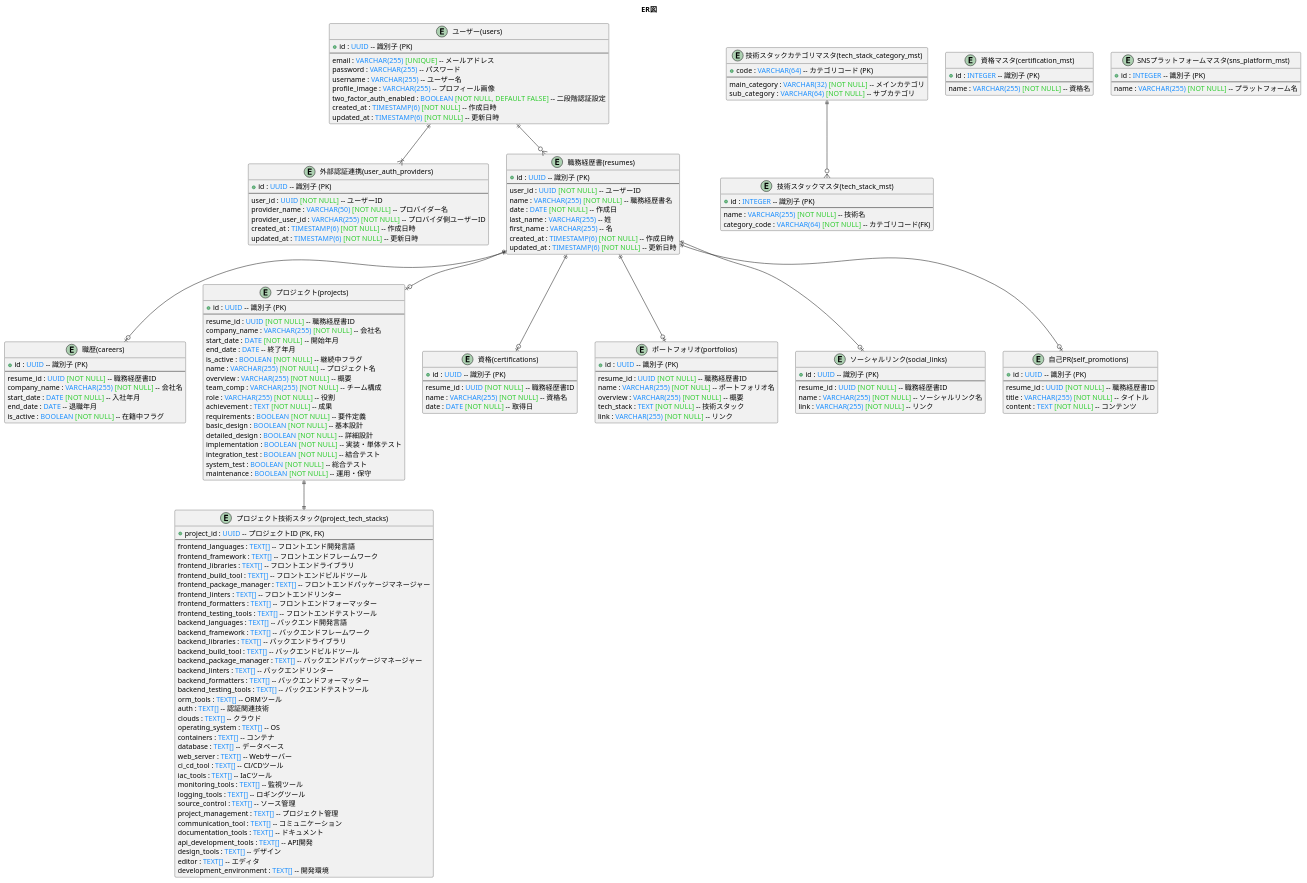
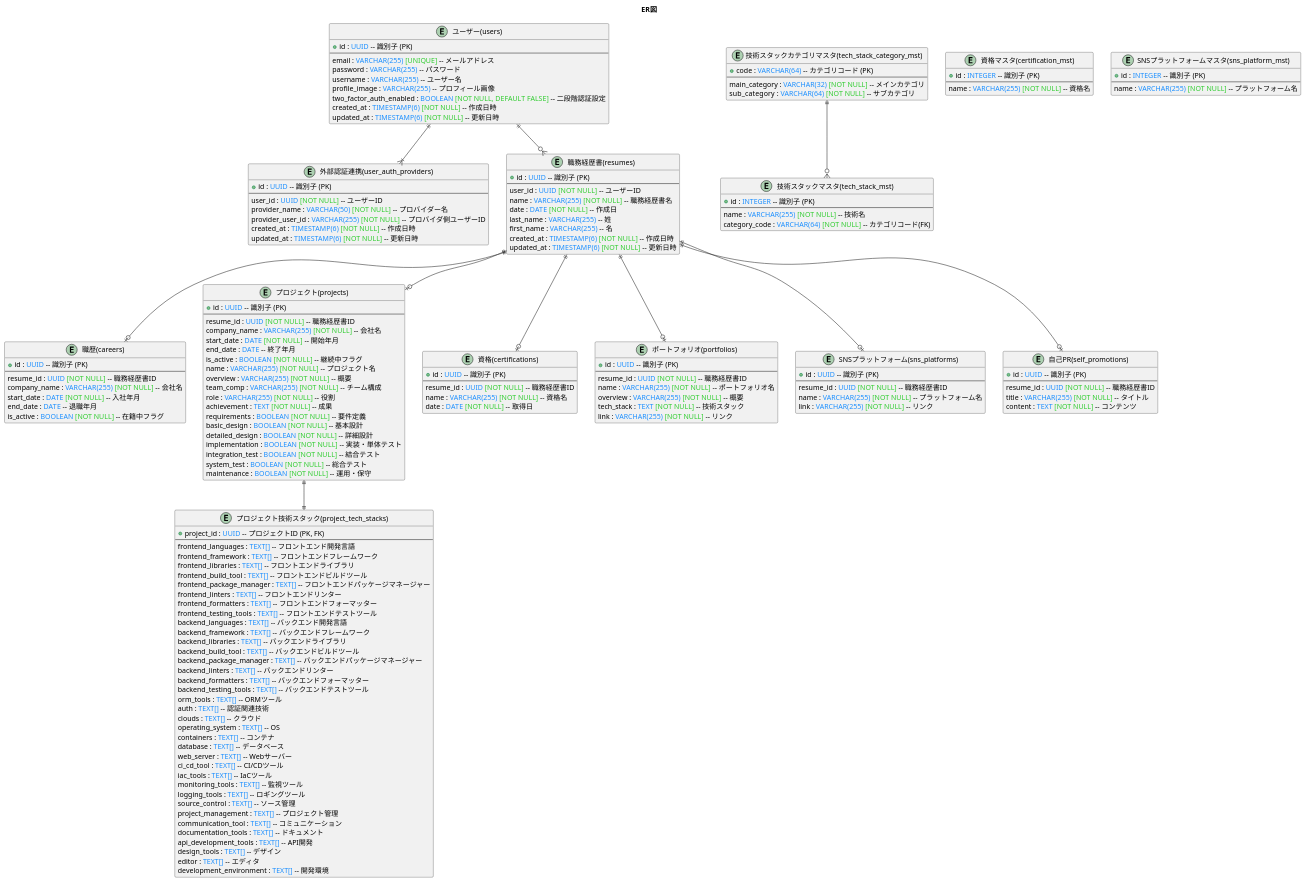
One commit to DogisRiki/KeirekiPro changed the diagram in doc/DB設計/ER図.pu. Above: the diagram before and after it, drawn with PlantUML. The commit also changed 2 other files, not shown here.

```diff
--- a/doc/DB設計/ER図.pu
+++ b/doc/DB設計/ER図.pu
@@ -1,188 +1,188 @@
 @startuml ER図
 
 title ER図
 
 entity "ユーザー(users)" as users {
     + id : <color:#1E90FF>UUID</color> -- 識別子 (PK)
     --
     email : <color:#1E90FF>VARCHAR(255)</color> <color:#32CD32>[UNIQUE]</color> -- メールアドレス
     password : <color:#1E90FF>VARCHAR(255)</color> -- パスワード
     username : <color:#1E90FF>VARCHAR(255)</color> -- ユーザー名
     profile_image : <color:#1E90FF>VARCHAR(255)</color> -- プロフィール画像
     two_factor_auth_enabled : <color:#1E90FF>BOOLEAN</color> <color:#32CD32>[NOT NULL, DEFAULT FALSE]</color> -- 二段階認証設定
     created_at : <color:#1E90FF>TIMESTAMP(6)</color> <color:#32CD32>[NOT NULL]</color> -- 作成日時
     updated_at : <color:#1E90FF>TIMESTAMP(6)</color> <color:#32CD32>[NOT NULL]</color> -- 更新日時
 }
 
 entity "外部認証連携(user_auth_providers)" as UserAuthProviders {
     + id : <color:#1E90FF>UUID</color> -- 識別子 (PK)
     --
     user_id : <color:#1E90FF>UUID</color> <color:#32CD32>[NOT NULL]</color> -- ユーザーID
     provider_name : <color:#1E90FF>VARCHAR(50)</color> <color:#32CD32>[NOT NULL]</color> -- プロバイダー名
     provider_user_id : <color:#1E90FF>VARCHAR(255)</color> <color:#32CD32>[NOT NULL]</color> -- プロバイダ側ユーザーID
     created_at : <color:#1E90FF>TIMESTAMP(6)</color> <color:#32CD32>[NOT NULL]</color> -- 作成日時
     updated_at : <color:#1E90FF>TIMESTAMP(6)</color> <color:#32CD32>[NOT NULL]</color> -- 更新日時
 }
 
 entity "職務経歴書(resumes)" as Resumes {
     + id : <color:#1E90FF>UUID</color> -- 識別子 (PK)
     --
     user_id : <color:#1E90FF>UUID</color> <color:#32CD32>[NOT NULL]</color> -- ユーザーID
     name : <color:#1E90FF>VARCHAR(255)</color> <color:#32CD32>[NOT NULL]</color> -- 職務経歴書名
     date : <color:#1E90FF>DATE</color> <color:#32CD32>[NOT NULL]</color> -- 作成日
     last_name : <color:#1E90FF>VARCHAR(255)</color> -- 姓
     first_name : <color:#1E90FF>VARCHAR(255)</color> -- 名
     created_at : <color:#1E90FF>TIMESTAMP(6)</color> <color:#32CD32>[NOT NULL]</color> -- 作成日時
     updated_at : <color:#1E90FF>TIMESTAMP(6)</color> <color:#32CD32>[NOT NULL]</color> -- 更新日時
 }
 
 entity "職歴(careers)" as Careers {
     + id : <color:#1E90FF>UUID</color> -- 識別子 (PK)
     --
     resume_id : <color:#1E90FF>UUID</color> <color:#32CD32>[NOT NULL]</color> -- 職務経歴書ID
     company_name : <color:#1E90FF>VARCHAR(255)</color> <color:#32CD32>[NOT NULL]</color> -- 会社名
     start_date : <color:#1E90FF>DATE</color> <color:#32CD32>[NOT NULL]</color> -- 入社年月
     end_date : <color:#1E90FF>DATE</color> -- 退職年月
     is_active : <color:#1E90FF>BOOLEAN</color> <color:#32CD32>[NOT NULL]</color> -- 在籍中フラグ
 }
 
 entity "プロジェクト(projects)" as Projects {
     + id : <color:#1E90FF>UUID</color> -- 識別子 (PK)
     --
     resume_id : <color:#1E90FF>UUID</color> <color:#32CD32>[NOT NULL]</color> -- 職務経歴書ID
     company_name : <color:#1E90FF>VARCHAR(255)</color> <color:#32CD32>[NOT NULL]</color> -- 会社名
     start_date : <color:#1E90FF>DATE</color> <color:#32CD32>[NOT NULL]</color> -- 開始年月
     end_date : <color:#1E90FF>DATE</color> -- 終了年月
     is_active : <color:#1E90FF>BOOLEAN</color> <color:#32CD32>[NOT NULL]</color> -- 継続中フラグ
     name : <color:#1E90FF>VARCHAR(255)</color> <color:#32CD32>[NOT NULL]</color> -- プロジェクト名
     overview : <color:#1E90FF>VARCHAR(255)</color> <color:#32CD32>[NOT NULL]</color> -- 概要
     team_comp : <color:#1E90FF>VARCHAR(255)</color> <color:#32CD32>[NOT NULL]</color> -- チーム構成
     role : <color:#1E90FF>VARCHAR(255)</color> <color:#32CD32>[NOT NULL]</color> -- 役割
     achievement : <color:#1E90FF>TEXT</color> <color:#32CD32>[NOT NULL]</color> -- 成果
     requirements : <color:#1E90FF>BOOLEAN</color> <color:#32CD32>[NOT NULL]</color> -- 要件定義
     basic_design : <color:#1E90FF>BOOLEAN</color> <color:#32CD32>[NOT NULL]</color> -- 基本設計
     detailed_design : <color:#1E90FF>BOOLEAN</color> <color:#32CD32>[NOT NULL]</color> -- 詳細設計
     implementation : <color:#1E90FF>BOOLEAN</color> <color:#32CD32>[NOT NULL]</color> -- 実装・単体テスト
     integration_test : <color:#1E90FF>BOOLEAN</color> <color:#32CD32>[NOT NULL]</color> -- 結合テスト
     system_test : <color:#1E90FF>BOOLEAN</color> <color:#32CD32>[NOT NULL]</color> -- 総合テスト
     maintenance : <color:#1E90FF>BOOLEAN</color> <color:#32CD32>[NOT NULL]</color> -- 運用・保守
 }
 
 entity "プロジェクト技術スタック(project_tech_stacks)" as ProjectTechStacks {
     + project_id : <color:#1E90FF>UUID</color> -- プロジェクトID (PK, FK)
     --
     frontend_languages : <color:#1E90FF>TEXT[]</color> -- フロントエンド開発言語
     frontend_framework : <color:#1E90FF>TEXT[]</color> -- フロントエンドフレームワーク
     frontend_libraries : <color:#1E90FF>TEXT[]</color> -- フロントエンドライブラリ
     frontend_build_tool : <color:#1E90FF>TEXT[]</color> -- フロントエンドビルドツール
     frontend_package_manager : <color:#1E90FF>TEXT[]</color> -- フロントエンドパッケージマネージャー
     frontend_linters : <color:#1E90FF>TEXT[]</color> -- フロントエンドリンター
     frontend_formatters : <color:#1E90FF>TEXT[]</color> -- フロントエンドフォーマッター
     frontend_testing_tools : <color:#1E90FF>TEXT[]</color> -- フロントエンドテストツール
     backend_languages : <color:#1E90FF>TEXT[]</color> -- バックエンド開発言語
     backend_framework : <color:#1E90FF>TEXT[]</color> -- バックエンドフレームワーク
     backend_libraries : <color:#1E90FF>TEXT[]</color> -- バックエンドライブラリ
     backend_build_tool : <color:#1E90FF>TEXT[]</color> -- バックエンドビルドツール
     backend_package_manager : <color:#1E90FF>TEXT[]</color> -- バックエンドパッケージマネージャー
     backend_linters : <color:#1E90FF>TEXT[]</color> -- バックエンドリンター
     backend_formatters : <color:#1E90FF>TEXT[]</color> -- バックエンドフォーマッター
     backend_testing_tools : <color:#1E90FF>TEXT[]</color> -- バックエンドテストツール
     orm_tools : <color:#1E90FF>TEXT[]</color> -- ORMツール
     auth : <color:#1E90FF>TEXT[]</color> -- 認証関連技術
     clouds : <color:#1E90FF>TEXT[]</color> -- クラウド
     operating_system : <color:#1E90FF>TEXT[]</color> -- OS
     containers : <color:#1E90FF>TEXT[]</color> -- コンテナ
     database : <color:#1E90FF>TEXT[]</color> -- データベース
     web_server : <color:#1E90FF>TEXT[]</color> -- Webサーバー
     ci_cd_tool : <color:#1E90FF>TEXT[]</color> -- CI/CDツール
     iac_tools : <color:#1E90FF>TEXT[]</color> -- IaCツール
     monitoring_tools : <color:#1E90FF>TEXT[]</color> -- 監視ツール
     logging_tools : <color:#1E90FF>TEXT[]</color> -- ロギングツール
     source_control : <color:#1E90FF>TEXT[]</color> -- ソース管理
     project_management : <color:#1E90FF>TEXT[]</color> -- プロジェクト管理
     communication_tool : <color:#1E90FF>TEXT[]</color> -- コミュニケーション
     documentation_tools : <color:#1E90FF>TEXT[]</color> -- ドキュメント
     api_development_tools : <color:#1E90FF>TEXT[]</color> -- API開発
     design_tools : <color:#1E90FF>TEXT[]</color> -- デザイン
     editor : <color:#1E90FF>TEXT[]</color> -- エディタ
     development_environment : <color:#1E90FF>TEXT[]</color> -- 開発環境
 }
 
 entity "資格(certifications)" as Certifications {
     + id : <color:#1E90FF>UUID</color> -- 識別子 (PK)
     --
     resume_id : <color:#1E90FF>UUID</color> <color:#32CD32>[NOT NULL]</color> -- 職務経歴書ID
     name : <color:#1E90FF>VARCHAR(255)</color> <color:#32CD32>[NOT NULL]</color> -- 資格名
     date : <color:#1E90FF>DATE</color> <color:#32CD32>[NOT NULL]</color> -- 取得日
 }
 
 entity "ポートフォリオ(portfolios)" as Portfolios {
     + id : <color:#1E90FF>UUID</color> -- 識別子 (PK)
     --
     resume_id : <color:#1E90FF>UUID</color> <color:#32CD32>[NOT NULL]</color> -- 職務経歴書ID
     name : <color:#1E90FF>VARCHAR(255)</color> <color:#32CD32>[NOT NULL]</color> -- ポートフォリオ名
     overview : <color:#1E90FF>VARCHAR(255)</color> <color:#32CD32>[NOT NULL]</color> -- 概要
     tech_stack : <color:#1E90FF>TEXT</color> <color:#32CD32>[NOT NULL]</color> -- 技術スタック
     link : <color:#1E90FF>VARCHAR(255)</color> <color:#32CD32>[NOT NULL]</color> -- リンク
 }
 
-entity "ソーシャルリンク(social_links)" as SocialLinks {
+entity "SNSプラットフォーム(sns_platforms)" as SnsPlatforms {
     + id : <color:#1E90FF>UUID</color> -- 識別子 (PK)
     --
     resume_id : <color:#1E90FF>UUID</color> <color:#32CD32>[NOT NULL]</color> -- 職務経歴書ID
-    name : <color:#1E90FF>VARCHAR(255)</color> <color:#32CD32>[NOT NULL]</color> -- ソーシャルリンク名
+    name : <color:#1E90FF>VARCHAR(255)</color> <color:#32CD32>[NOT NULL]</color> -- プラットフォーム名
     link : <color:#1E90FF>VARCHAR(255)</color> <color:#32CD32>[NOT NULL]</color> -- リンク
 }
 
 entity "自己PR(self_promotions)" as SelfPromotions {
     + id : <color:#1E90FF>UUID</color> -- 識別子 (PK)
     --
     resume_id : <color:#1E90FF>UUID</color> <color:#32CD32>[NOT NULL]</color> -- 職務経歴書ID
     title : <color:#1E90FF>VARCHAR(255)</color> <color:#32CD32>[NOT NULL]</color> -- タイトル
     content : <color:#1E90FF>TEXT</color> <color:#32CD32>[NOT NULL]</color> -- コンテンツ
 }
 
 entity "技術スタックカテゴリマスタ(tech_stack_category_mst)" as TechStackCategoryMst {
     + code : <color:#1E90FF>VARCHAR(64)</color> -- カテゴリコード (PK)
     --
     main_category : <color:#1E90FF>VARCHAR(32)</color> <color:#32CD32>[NOT NULL]</color> -- メインカテゴリ
     sub_category  : <color:#1E90FF>VARCHAR(64)</color> <color:#32CD32>[NOT NULL]</color> -- サブカテゴリ
 }
 
 entity "技術スタックマスタ(tech_stack_mst)" as TechStackMst {
     + id : <color:#1E90FF>INTEGER</color> -- 識別子 (PK)
     --
     name : <color:#1E90FF>VARCHAR(255)</color> <color:#32CD32>[NOT NULL]</color> -- 技術名
     category_code : <color:#1E90FF>VARCHAR(64)</color> <color:#32CD32>[NOT NULL]</color> -- カテゴリコード(FK)
 }
 
 entity "資格マスタ(certification_mst)" as CertificationMst {
     + id : <color:#1E90FF>INTEGER</color> -- 識別子 (PK)
     --
     name : <color:#1E90FF>VARCHAR(255)</color> <color:#32CD32>[NOT NULL]</color> -- 資格名
 }
 
 entity "SNSプラットフォームマスタ(sns_platform_mst)" as SnsPlatformMst {
     + id : <color:#1E90FF>INTEGER</color> -- 識別子 (PK)
     --
     name : <color:#1E90FF>VARCHAR(255)</color> <color:#32CD32>[NOT NULL]</color> -- プラットフォーム名
 }
 
 ' ----------------------
 ' リレーション定義
 ' ----------------------
 users ||--o{ Resumes
 users ||--|{ UserAuthProviders
 
 Resumes ||--o| Careers
 Resumes ||--o| Projects
 Resumes ||--o| Certifications
 Resumes ||--o| Portfolios
-Resumes ||--o| SocialLinks
+Resumes ||--o| SnsPlatforms
 Resumes ||--o| SelfPromotions
 
 Projects ||--|| ProjectTechStacks
 
 TechStackCategoryMst ||--o{ TechStackMst
 
 @enduml
```
